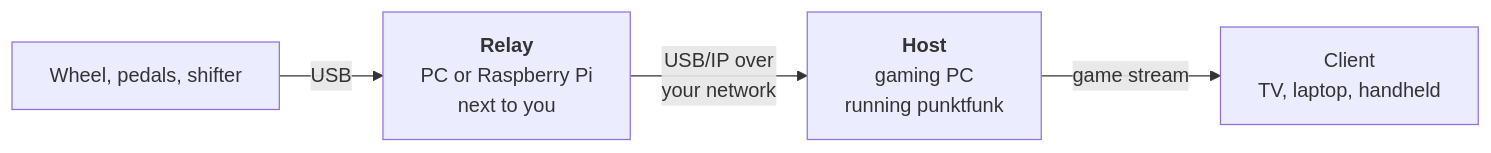
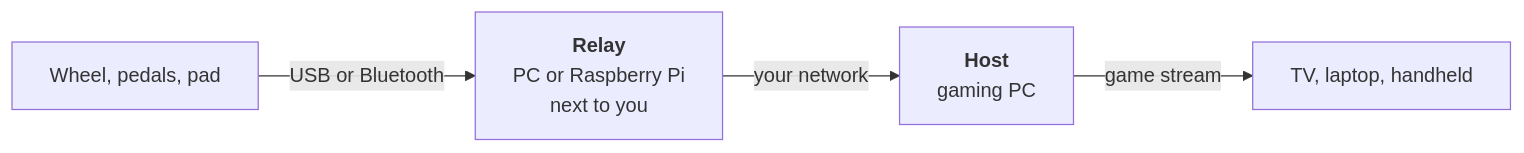
Before and after one commit to wiktorekdev/plugover: the diagram in README.md, drawn with Mermaid. The commit also changed other lines of this file, not shown here.

````diff
--- a/README.md
+++ b/README.md
@@ -19,6 +11,6 @@
 ```mermaid
 flowchart LR
-    devices["Wheel, pedals, shifter"] -- USB --> relay["<b>Relay</b><br>PC or Raspberry Pi<br>next to you"]
-    relay -- "USB/IP over<br>your network" --> host["<b>Host</b><br>gaming PC<br>running punktfunk"]
-    host -- "game stream" --> client["Client<br>TV, laptop, handheld"]
+    devices["Wheel, pedals, pad"] -- USB or Bluetooth --> relay["<b>Relay</b><br>PC or Raspberry Pi<br>next to you"]
+    relay -- "your network" --> host["<b>Host</b><br>gaming PC"]
+    host -- "game stream" --> client["TV, laptop, handheld"]
 ```
````
